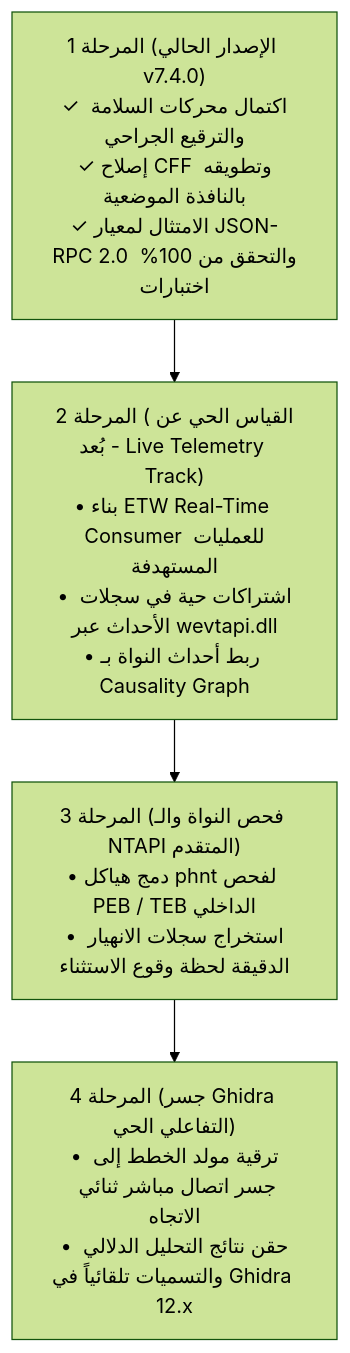
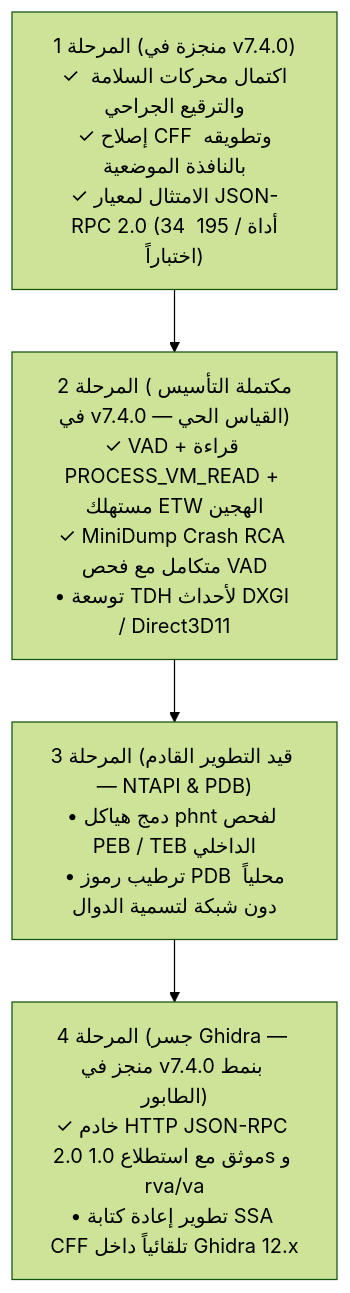
One commit to bio-colab/bintra changed the diagram in docs/ROADMAP.md. Above: the diagram before and after it, drawn with Mermaid (forest theme). The commit also changed other lines of this file and 41 other files, not shown here.

Commit message:
feat(telemetry,security,docs): harden memory/ETW/Ghidra runtime contracts, strict MCP schema validation, fail-closed CLI audit persistence, and synchronize docs & skills (195 tests)

````diff
--- a/docs/ROADMAP.md
+++ b/docs/ROADMAP.md
@@ -75,11 +74,11 @@
 ```mermaid
 flowchart TD
-    M1["المرحلة 1 (الإصدار الحالي v7.4.0)<br>✓ اكتمال محركات السلامة والترقيع الجراحي<br>✓ إصلاح CFF وتطويقه بالنافذة الموضعية<br>✓ الامتثال لمعيار JSON-RPC 2.0 والتحقق من 100% اختبارات"]
-    M2["المرحلة 2 (القياس الحي عن بُعد - Live Telemetry Track)<br>• بناء ETW Real-Time Consumer للعمليات المستهدفة<br>• اشتراكات حية في سجلات الأحداث عبر wevtapi.dll<br>• ربط أحداث النواة بـ Causality Graph"]
-    M3["المرحلة 3 (فحص النواة والـ NTAPI المتقدم)<br>• دمج هياكل phnt لفحص PEB / TEB الداخلي<br>• استخراج سجلات الانهيار الدقيقة لحظة وقوع الاستثناء"]
-    M4["المرحلة 4 (جسر Ghidra التفاعلي الحي)<br>• ترقية مولد الخطط إلى جسر اتصال مباشر ثنائي الاتجاه<br>• حقن نتائج التحليل الدلالي والتسميات تلقائياً في Ghidra 12.x"]
+    M1["المرحلة 1 (منجزة في v7.4.0)<br>✓ اكتمال محركات السلامة والترقيع الجراحي<br>✓ إصلاح CFF وتطويقه بالنافذة الموضعية<br>✓ الامتثال لمعيار JSON-RPC 2.0 (34 أداة / 195 اختباراً)"]
+    M2["المرحلة 2 (مكتملة التأسيس في v7.4.0 — القياس الحي)<br>✓ VAD + قراءة PROCESS_VM_READ + مستهلك ETW الهجين<br>✓ MiniDump Crash RCA متكامل مع فحص VAD<br>• توسعة TDH لأحداث DXGI / Direct3D11"]
+    M3["المرحلة 3 (قيد التطوير القادم — NTAPI & PDB)<br>• دمج هياكل phnt لفحص PEB / TEB الداخلي<br>• ترطيب رموز PDB محلياً دون شبكة لتسمية الدوال"]
+    M4["المرحلة 4 (جسر Ghidra — منجز في v7.4.0 بنمط الطابور)<br>✓ خادم HTTP JSON-RPC 2.0 موثق مع استطلاع 1.0s و rva/va<br>• تطوير إعادة كتابة SSA CFF تلقائياً داخل Ghidra 12.x"]
 
     M1 --> M2
     M2 --> M3
     M3 --> M4
 ```
````
